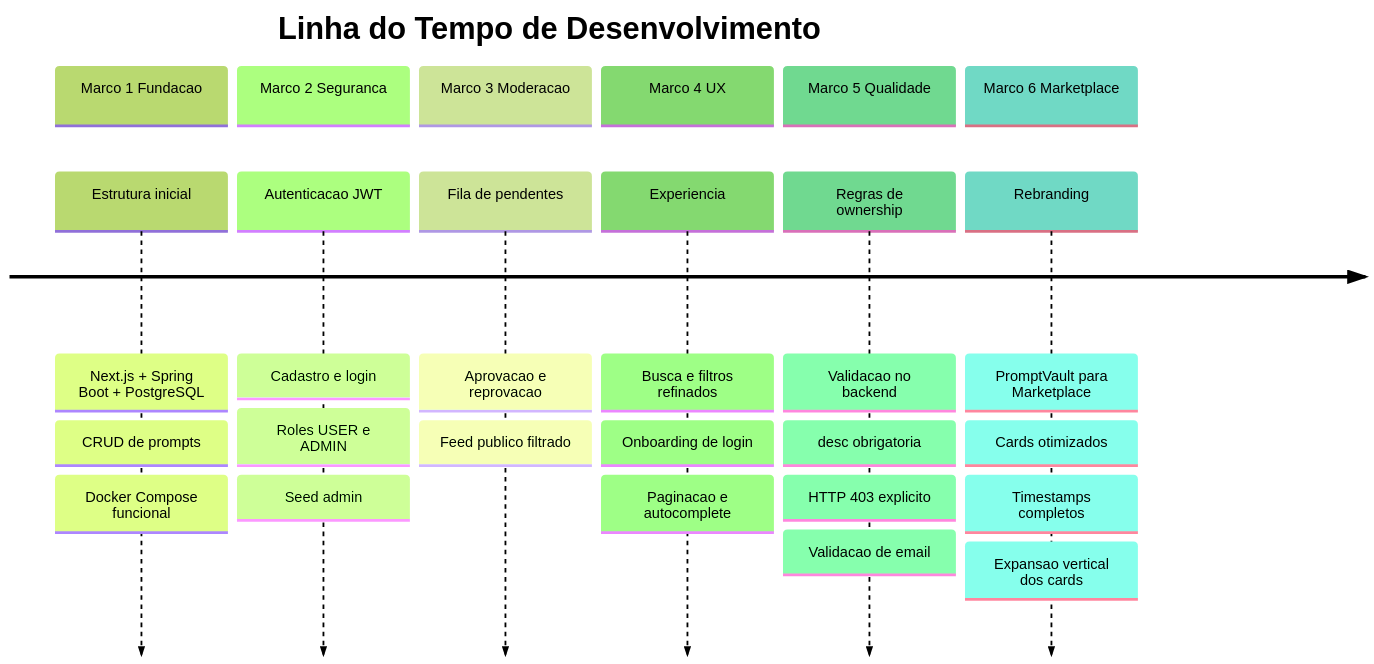
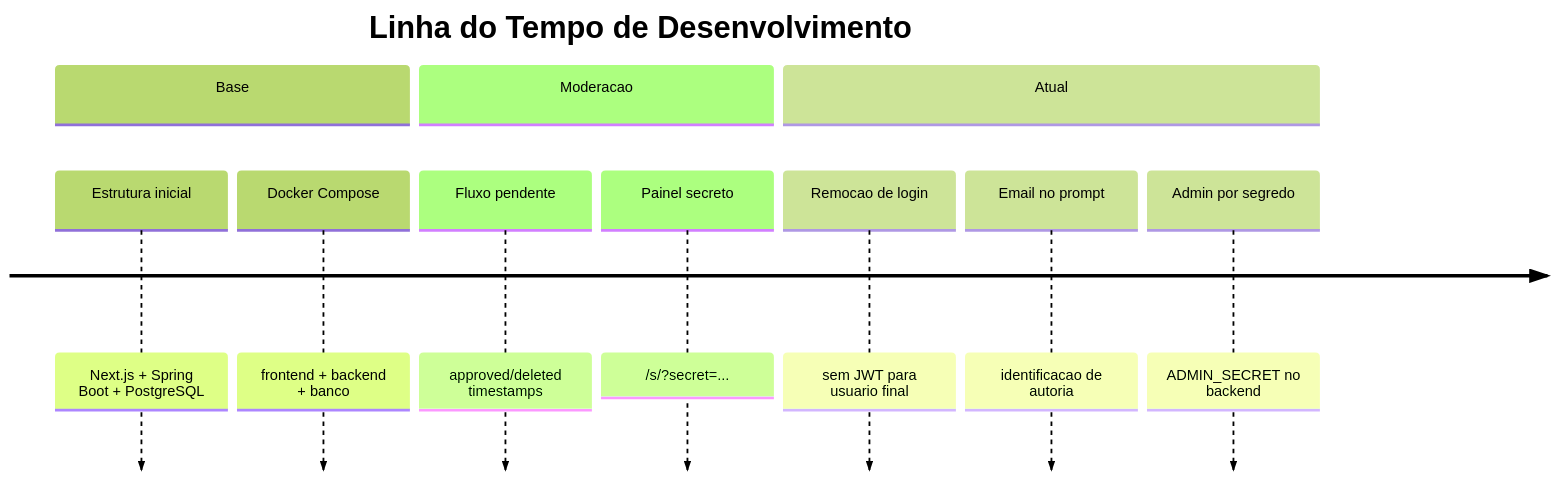
Before and after one commit to nataliarosa88/marketplace-de-prompts: the tenth of 10 diagrams in README.md, drawn with Mermaid (forest theme). The commit also changed other lines of this file and 31 other files, not shown here.

First line of the commit message:
Remove auth flow and switch admin to secret URL.

````diff
--- a/README.md
+++ b/README.md
@@ -899,35 +490,17 @@
 ```mermaid
 timeline
     title Linha do Tempo de Desenvolvimento
 
-    section Marco 1 Fundacao
+    section Base
         Estrutura inicial : Next.js + Spring Boot + PostgreSQL
-                          : CRUD de prompts
-                          : Docker Compose funcional
+        Docker Compose : frontend + backend + banco
 
-    section Marco 2 Seguranca
-        Autenticacao JWT : Cadastro e login
-                        : Roles USER e ADMIN
-                        : Seed admin
+    section Moderacao
+        Fluxo pendente : approved/deleted timestamps
+        Painel secreto : /s/?secret=...
 
-    section Marco 3 Moderacao
-        Fila de pendentes : Aprovacao e reprovacao
-                          : Feed publico filtrado
-
-    section Marco 4 UX
-        Experiencia : Busca e filtros refinados
-                    : Onboarding de login
-                    : Paginacao e autocomplete
-
-    section Marco 5 Qualidade
-        Regras de ownership : Validacao no backend
-                            : desc obrigatoria
-                            : HTTP 403 explicito
-                            : Validacao de email
-
-    section Marco 6 Marketplace
-        Rebranding : PromptVault para Marketplace
-                   : Cards otimizados
-                   : Timestamps completos
-                   : Expansao vertical dos cards
+    section Atual
+        Remocao de login : sem JWT para usuario final
+        Email no prompt : identificacao de autoria
+        Admin por segredo : ADMIN_SECRET no backend
 ```
````
